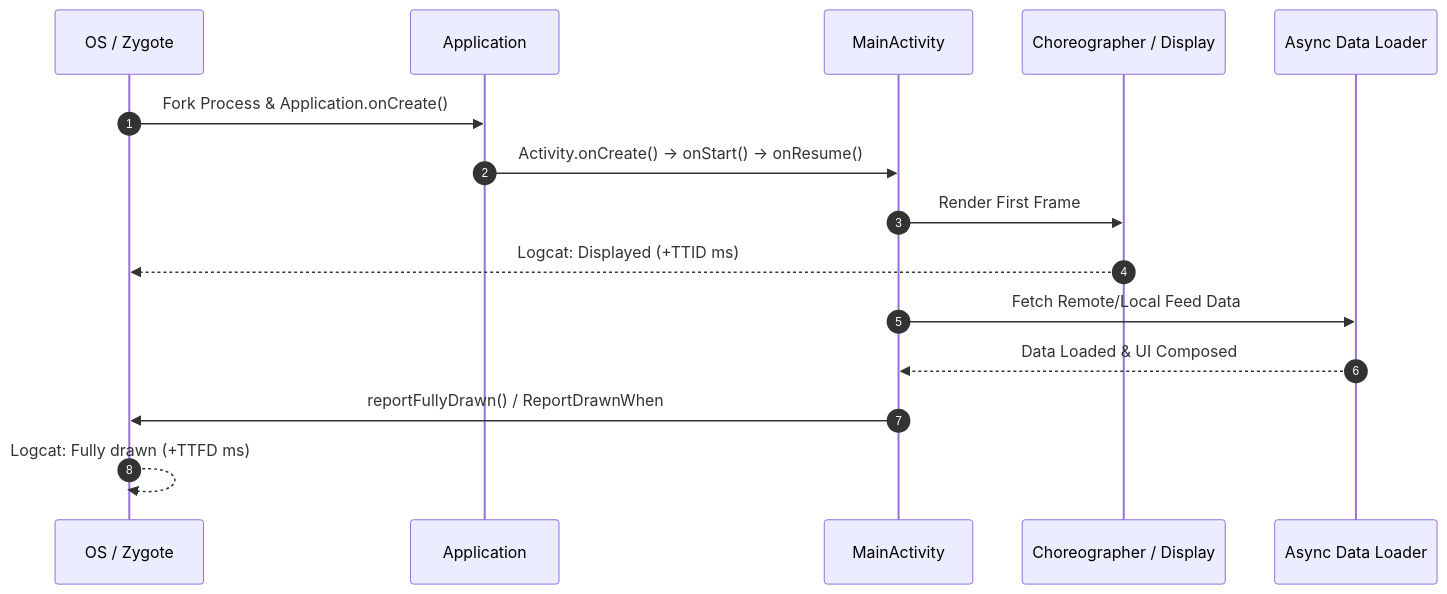
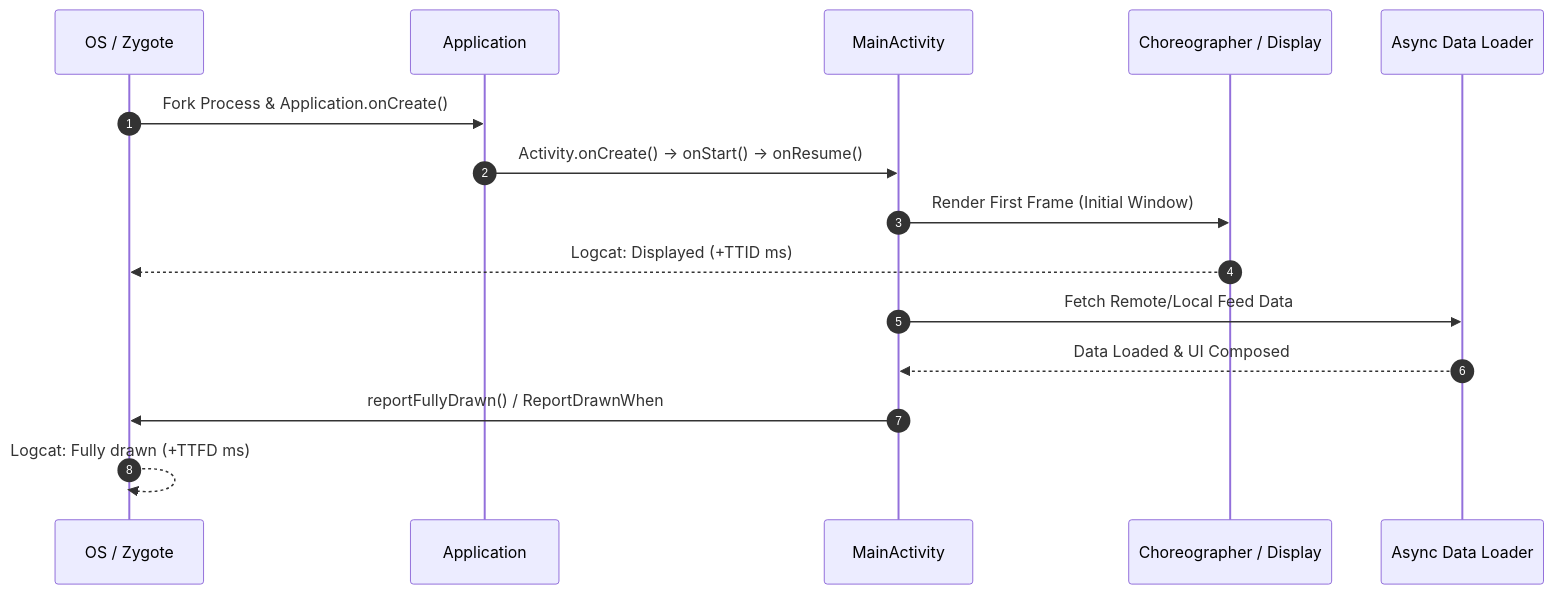
The diagram in 01_inbox/mobile/android/06_testing_performance/performance/startup-performance-metrics.md (youngmin-gwon/what-i-studied), drawn with Mermaid before and after one commit. The commit also changed other lines of this file and 83 other files, not shown here.

````diff
--- a/01_inbox/mobile/android/06_testing_performance/performance/startup-performance-metrics.md
+++ b/01_inbox/mobile/android/06_testing_performance/performance/startup-performance-metrics.md
@@ -27,18 +59,18 @@
 ```mermaid
 sequenceDiagram
     autonumber
     participant OS as OS / Zygote
     participant App as Application
     participant Act as MainActivity
     participant UI as Choreographer / Display
     participant Async as Async Data Loader
 
     OS->>App: Fork Process & Application.onCreate()
     App->>Act: Activity.onCreate() -> onStart() -> onResume()
-    Act->>UI: Render First Frame
+    Act->>UI: Render First Frame (Initial Window)
     UI-->>OS: Logcat: Displayed (+TTID ms)
     Act->>Async: Fetch Remote/Local Feed Data
     Async-->>Act: Data Loaded & UI Composed
     Act->>OS: reportFullyDrawn() / ReportDrawnWhen
     OS-->>OS: Logcat: Fully drawn (+TTFD ms)
 ```
````
